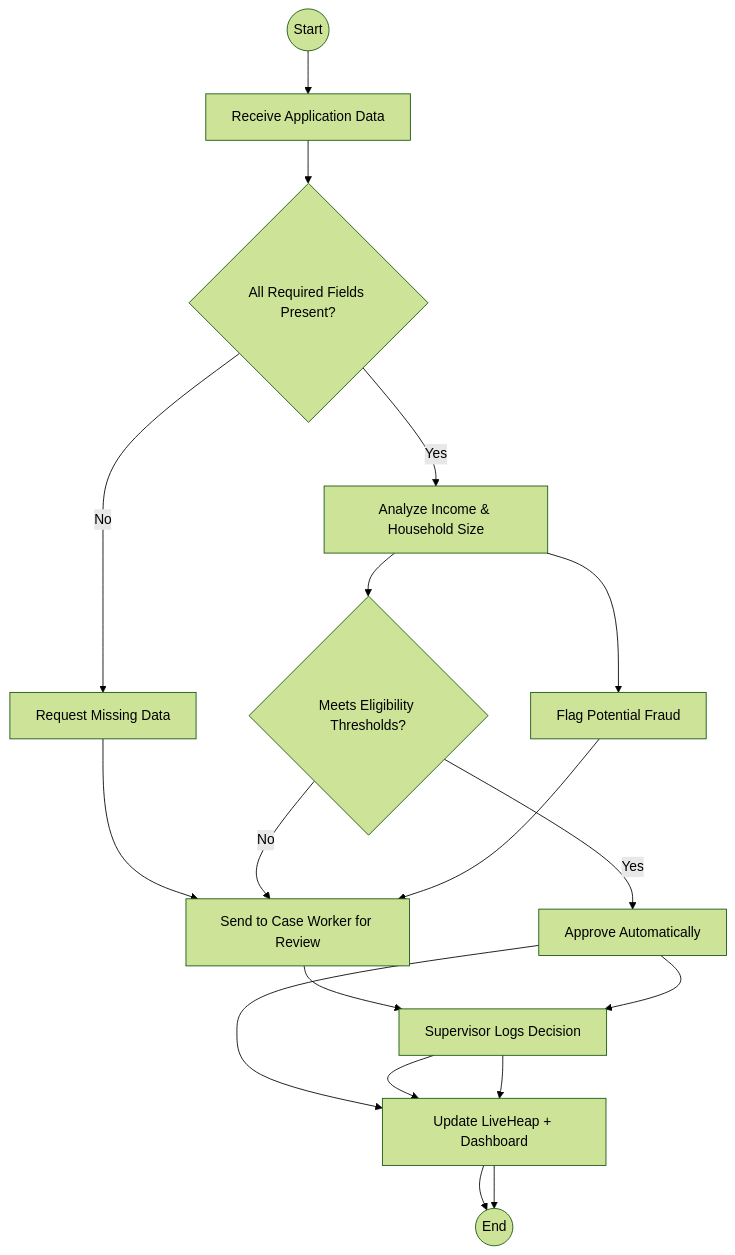
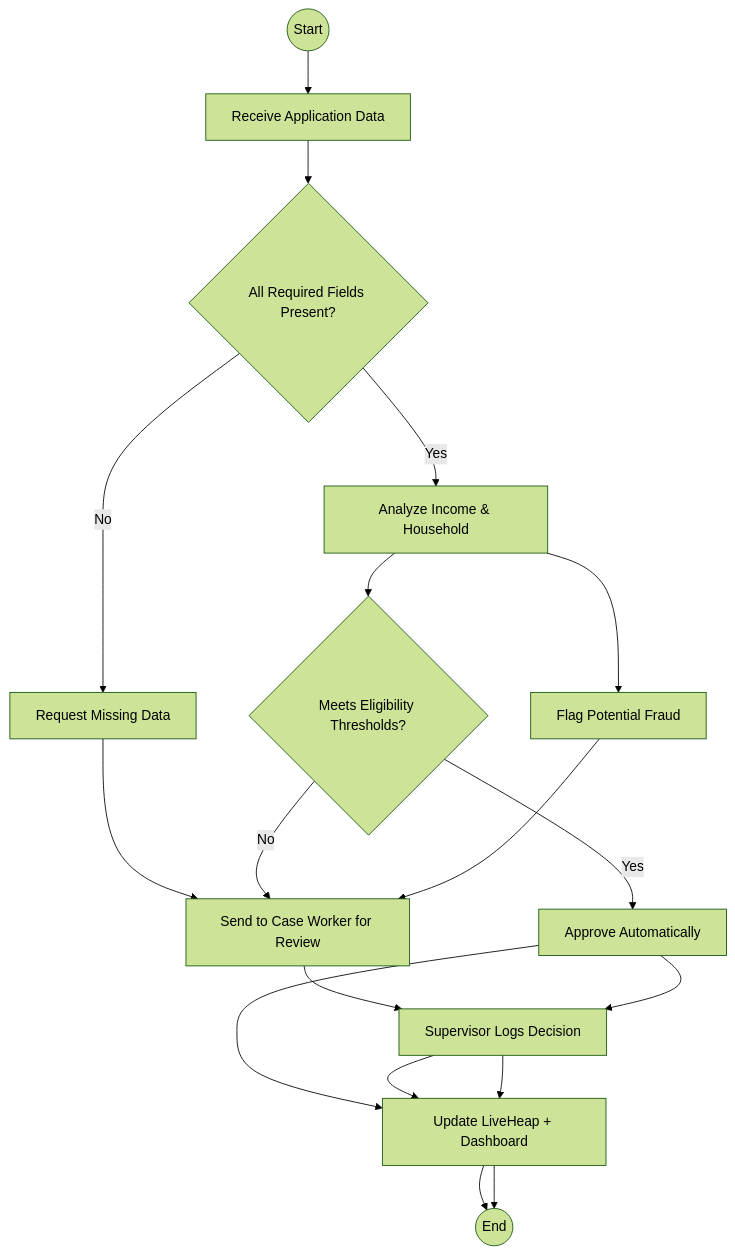
One commit to jfbinTECHA/brain-swarm changed the fifth of 6 diagrams in docs/EBT_LIVEHEAP_SYSTEM_DESIGN.md. Above: the diagram before and after it, drawn with Mermaid (forest theme). The commit also changed other lines of this file and 2 other files, not shown here.

Commit message:
Fix Mermaid diagrams for GitHub compatibility (remove emojis and <br> tags)

````diff
--- a/docs/EBT_LIVEHEAP_SYSTEM_DESIGN.md
+++ b/docs/EBT_LIVEHEAP_SYSTEM_DESIGN.md
@@ -112,23 +112,23 @@
 ```mermaid
 flowchart TD
     START((Start))
     A[Receive Application Data]
     B{All Required Fields Present?}
     C[Request Missing Data]
-    D[Analyze Income & Household Size]
+    D[Analyze Income & Household]
     E{Meets Eligibility Thresholds?}
     F[Send to Case Worker for Review]
     G[Approve Automatically]
     H[Flag Potential Fraud]
     I[Supervisor Logs Decision]
     J[Update LiveHeap + Dashboard]
     K((End))
     START --> A --> B
     B -->|No| C --> F
     B -->|Yes| D --> E
     E -->|No| F
     E -->|Yes| G --> J
     D --> H --> F
     F --> I --> J --> K
     G --> I --> J --> K
 ```
````
